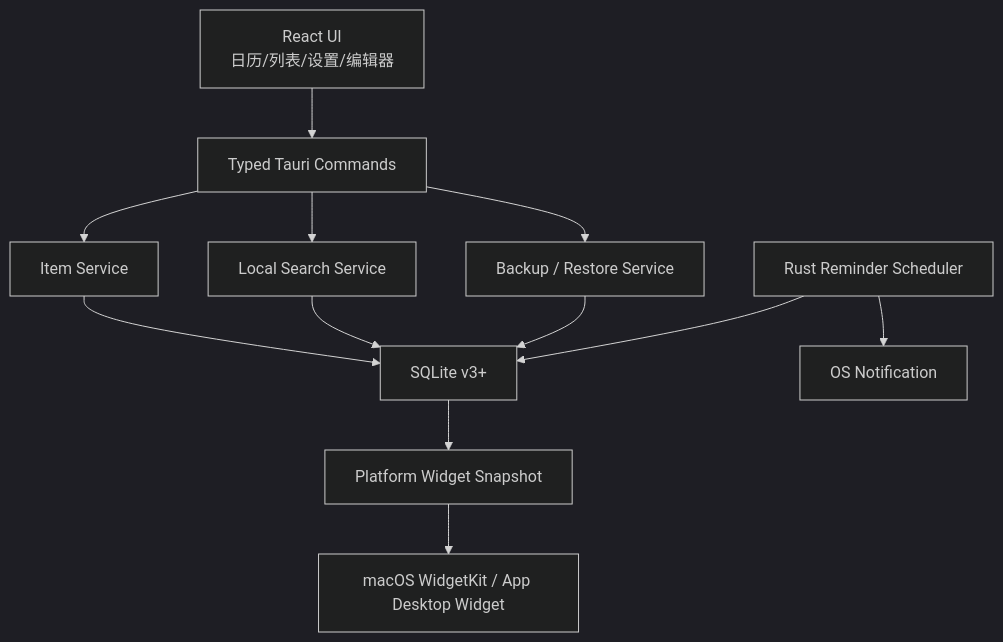
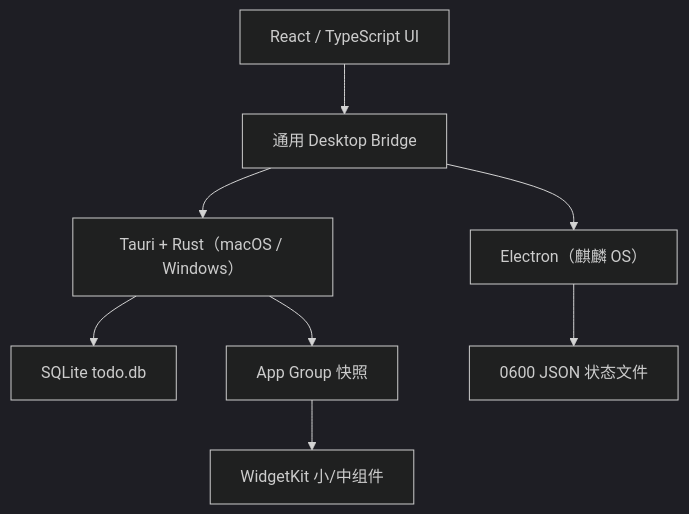
The diagram in docs/BluNote-v1.0-产品需求文档.md (kelviNnn7/todoList), drawn with Mermaid (dark theme) before and after one commit. The commit also changed other lines of this file, not shown here.

````diff
--- a/docs/BluNote-v1.0-产品需求文档.md
+++ b/docs/BluNote-v1.0-产品需求文档.md
@@ -220,14 +390,10 @@
 ```mermaid
-flowchart TB
-  UI["React UI\n日历/列表/设置/编辑器"] --> IPC["Typed Tauri Commands"]
-  IPC --> ITEM["Item Service"]
-  IPC --> SEARCH["Local Search Service"]
-  IPC --> BACKUP["Backup / Restore Service"]
-  ITEM --> DB["SQLite v3+"]
-  SEARCH --> DB
-  BACKUP --> DB
-  SCHED["Rust Reminder Scheduler"] --> DB
-  SCHED --> NOTIFY["OS Notification"]
-  DB --> SNAP["Platform Widget Snapshot"]
-  SNAP --> WIDGET["macOS WidgetKit / App Desktop Widget"]
+flowchart TD
+    UI["React / TypeScript UI"] --> Bridge["通用 Desktop Bridge"]
+    Bridge --> Tauri["Tauri + Rust（macOS / Windows）"]
+    Bridge --> Electron["Electron（麒麟 OS）"]
+    Tauri --> SQLite["SQLite todo.db"]
+    Electron --> JSON["0600 JSON 状态文件"]
+    Tauri --> Snapshot["App Group 快照"]
+    Snapshot --> Widget["WidgetKit 小/中组件"]
 ```
````
